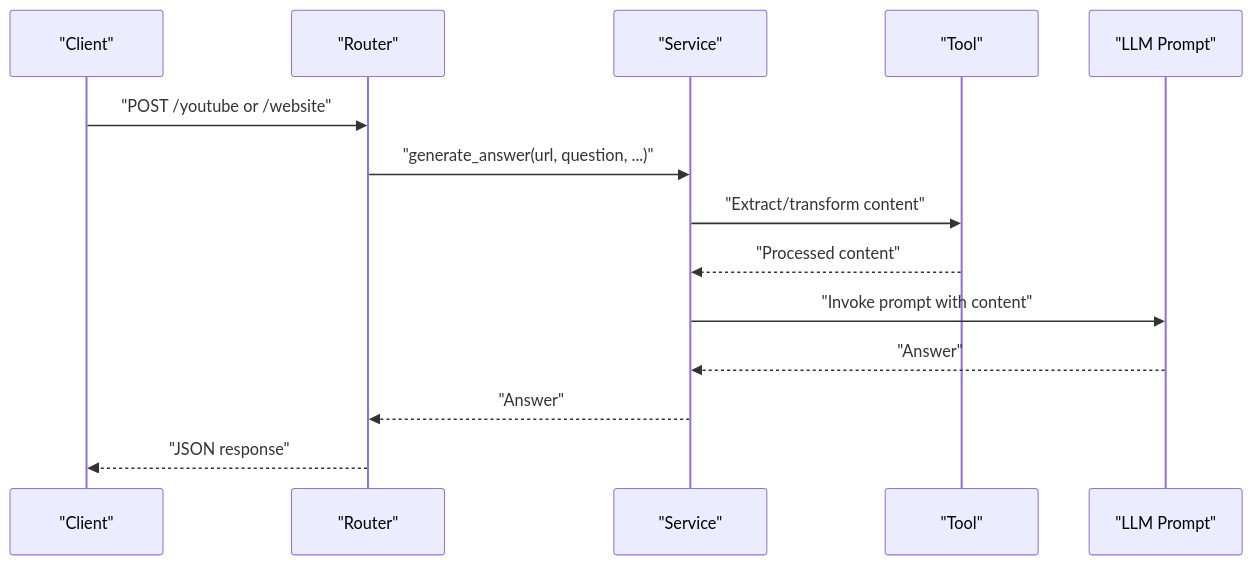
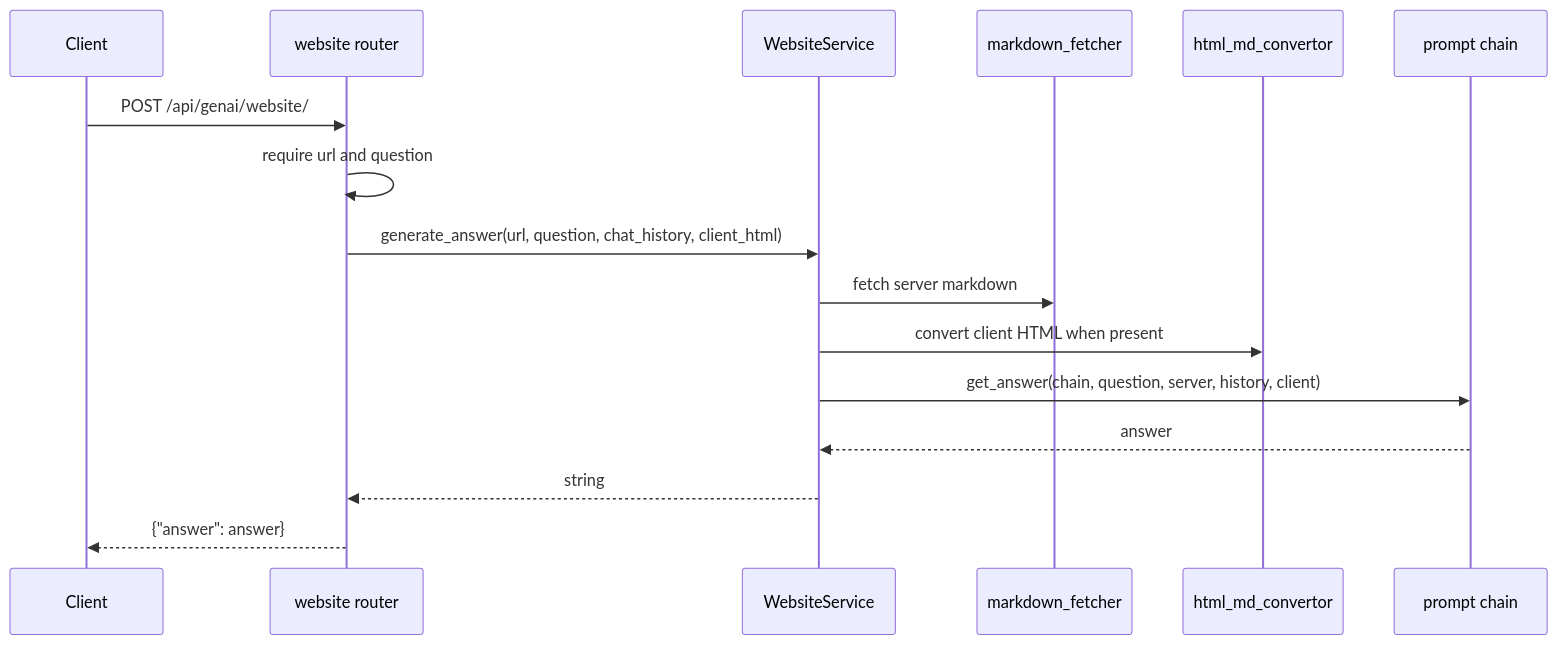
Before and after one commit to tashifkhan/tashif.codes: the second of 4 diagrams in src/data/docs/agentic-browser/Tool System/Content Processing and Extraction Tools.md, drawn with Mermaid. The commit also changed other lines of this file and 114 other files, not shown here.

````diff
--- a/src/data/docs/agentic-browser/Tool System/Content Processing and Extraction Tools.md
+++ b/src/data/docs/agentic-browser/Tool System/Content Processing and Extraction Tools.md
@@ -70,16 +68,18 @@
 ```mermaid
 sequenceDiagram
-participant Client as "Client"
-participant Router as "Router"
-participant Service as "Service"
-participant Tool as "Tool"
-participant Model as "LLM Prompt"
-Client->>Router : "POST /youtube or /website"
-Router->>Service : "generate_answer(url, question, ...)"
-Service->>Tool : "Extract/transform content"
-Tool-->>Service : "Processed content"
-Service->>Model : "Invoke prompt with content"
-Model-->>Service : "Answer"
-Service-->>Router : "Answer"
-Router-->>Client : "JSON response"
+  participant C as Client
+  participant R as website router
+  participant S as WebsiteService
+  participant J as markdown_fetcher
+  participant H as html_md_convertor
+  participant M as prompt chain
+  C->>R: POST /api/genai/website/
+  R->>R: require url and question
+  R->>S: generate_answer(url, question, chat_history, client_html)
+  S->>J: fetch server markdown
+  S->>H: convert client HTML when present
+  S->>M: get_answer(chain, question, server, history, client)
+  M-->>S: answer
+  S-->>R: string
+  R-->>C: {"answer": answer}
 ```
````
